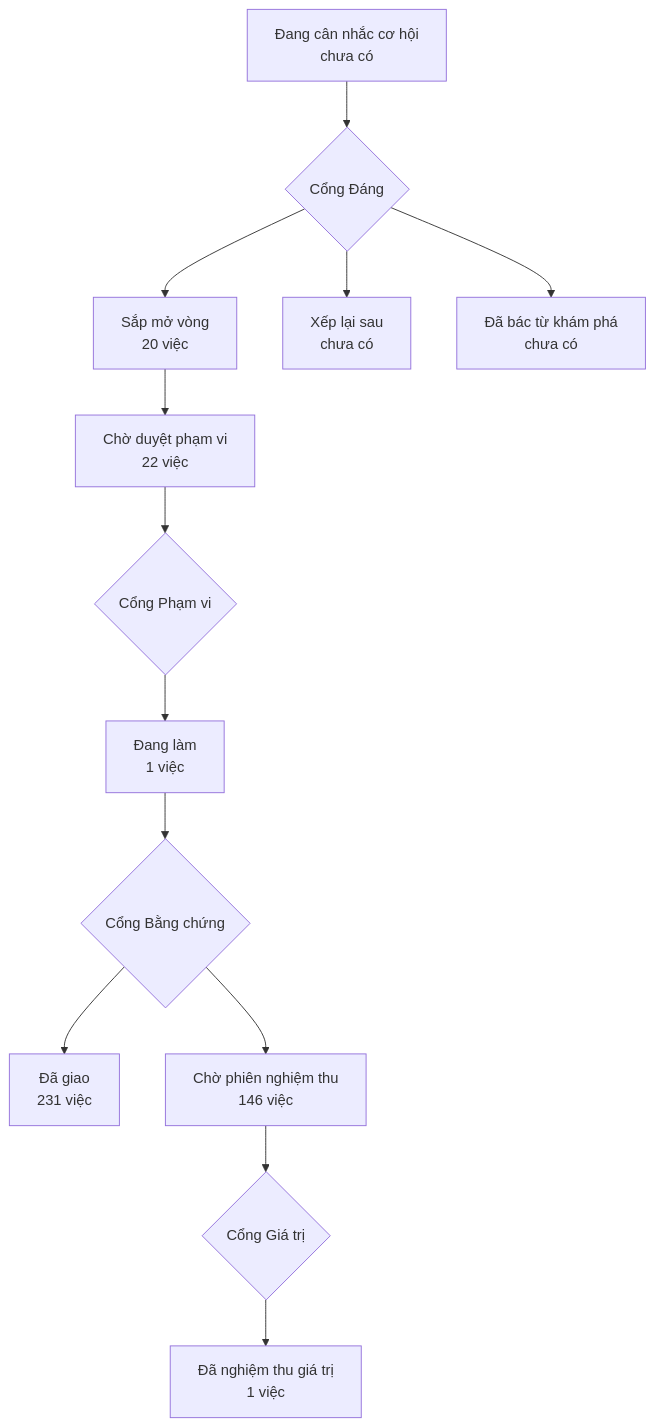
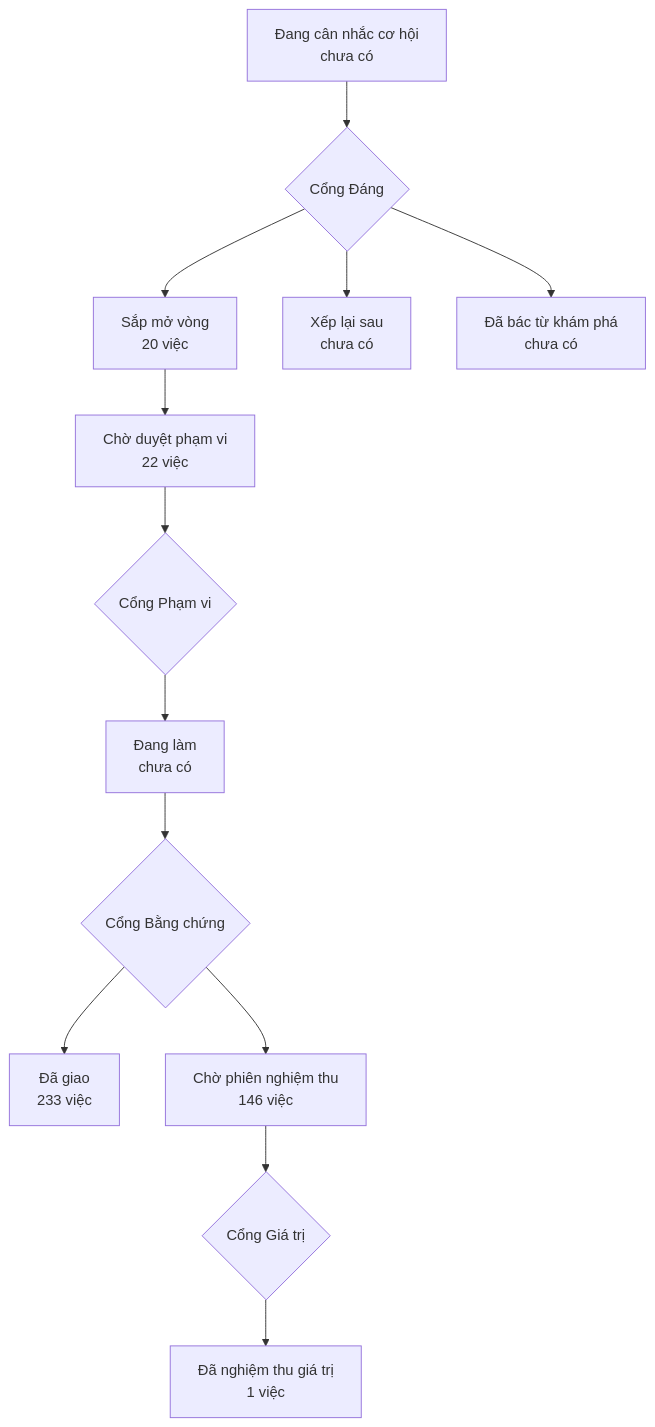
The diagram in PRODUCT-MAP.md (phanlemanh/onehub-invest), drawn with Mermaid before and after one commit. The commit also changed other lines of this file and 1 other file, not shown here.

Commit message:
chore: vẽ lại PRODUCT-MAP, LO-TRINH sau gộp main

````diff
--- a/PRODUCT-MAP.md
+++ b/PRODUCT-MAP.md
@@ -7,12 +7,12 @@
 ```mermaid
 flowchart TD
   A["Đang cân nhắc cơ hội<br/>chưa có"] --> GD{"Cổng Đáng"}
   GD --> B["Sắp mở vòng<br/>20 việc"]
   GD --> XL["Xếp lại sau<br/>chưa có"]
   GD --> DB["Đã bác từ khám phá<br/>chưa có"]
   B --> CD["Chờ duyệt phạm vi<br/>22 việc"] --> GP{"Cổng Phạm vi"}
-  GP --> DL["Đang làm<br/>1 việc"] --> GB{"Cổng Bằng chứng"}
-  GB --> DG["Đã giao<br/>231 việc"]
+  GP --> DL["Đang làm<br/>chưa có"] --> GB{"Cổng Bằng chứng"}
+  GB --> DG["Đã giao<br/>233 việc"]
   GB --> CN["Chờ phiên nghiệm thu<br/>146 việc"] --> GG{"Cổng Giá trị"}
   GG --> NT["Đã nghiệm thu giá trị<br/>1 việc"]
 ```
````
